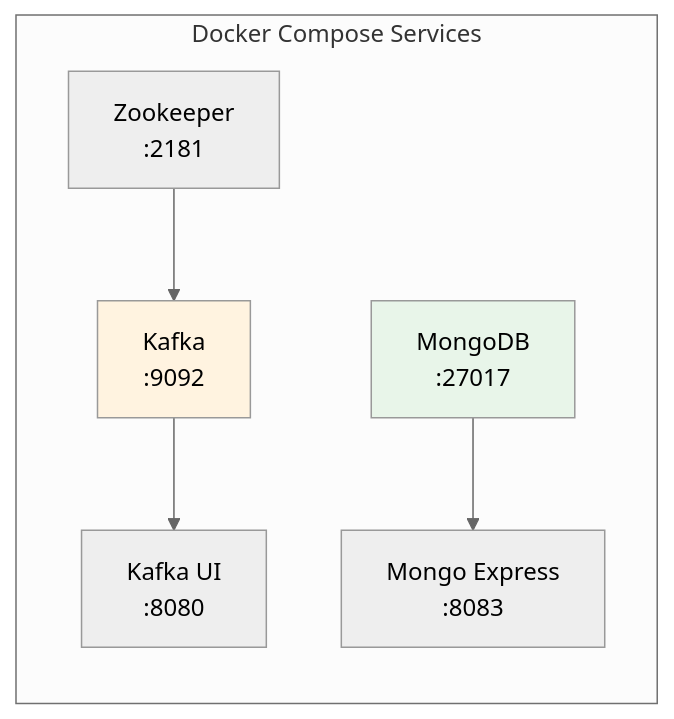
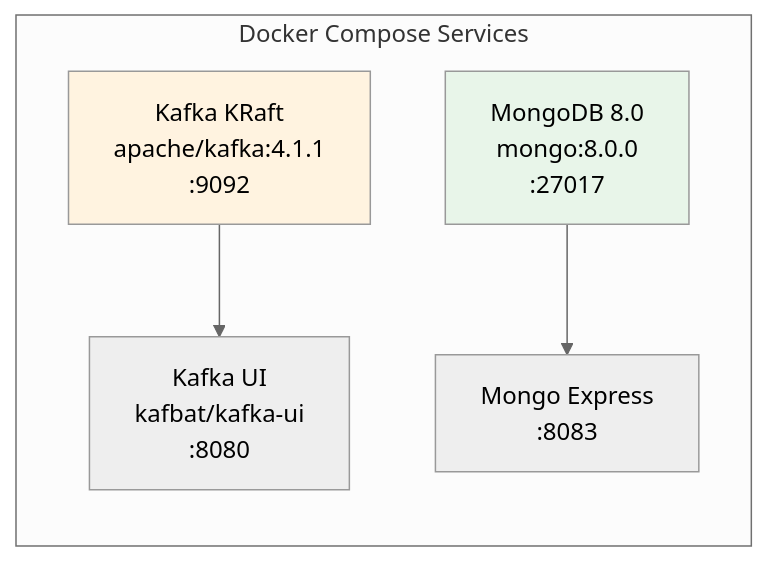
Before and after one commit to arthur8davis/tfm-dataflow-architecture: the third of 7 diagrams in ESTRUCTURA_PROYECTO.md, drawn with Mermaid (neutral theme). The commit also changed other lines of this file and 9 other files, not shown here.

````diff
--- a/ESTRUCTURA_PROYECTO.md
+++ b/ESTRUCTURA_PROYECTO.md
@@ -141,17 +147,15 @@
 ```mermaid
 graph LR
     subgraph "Docker Compose Services"
-        Zookeeper[Zookeeper<br/>:2181]
-        Kafka[Kafka<br/>:9092]
-        MongoDB[MongoDB<br/>:27017]
-        KafkaUI[Kafka UI<br/>:8080]
+        Kafka[Kafka KRaft<br/>apache/kafka:4.1.1<br/>:9092]
+        MongoDB[MongoDB 8.0<br/>mongo:8.0.0<br/>:27017]
+        KafkaUI[Kafka UI<br/>kafbat/kafka-ui<br/>:8080]
         MongoExpress[Mongo Express<br/>:8083]
     end
 
-    Zookeeper --> Kafka
     Kafka --> KafkaUI
     MongoDB --> MongoExpress
 
     style Kafka fill:#fff3e0
     style MongoDB fill:#e8f5e9
 ```
````
